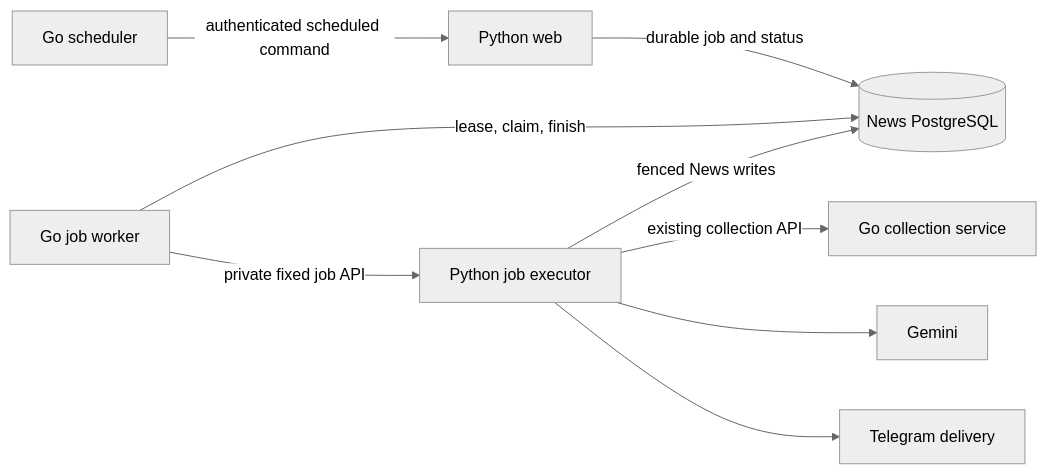
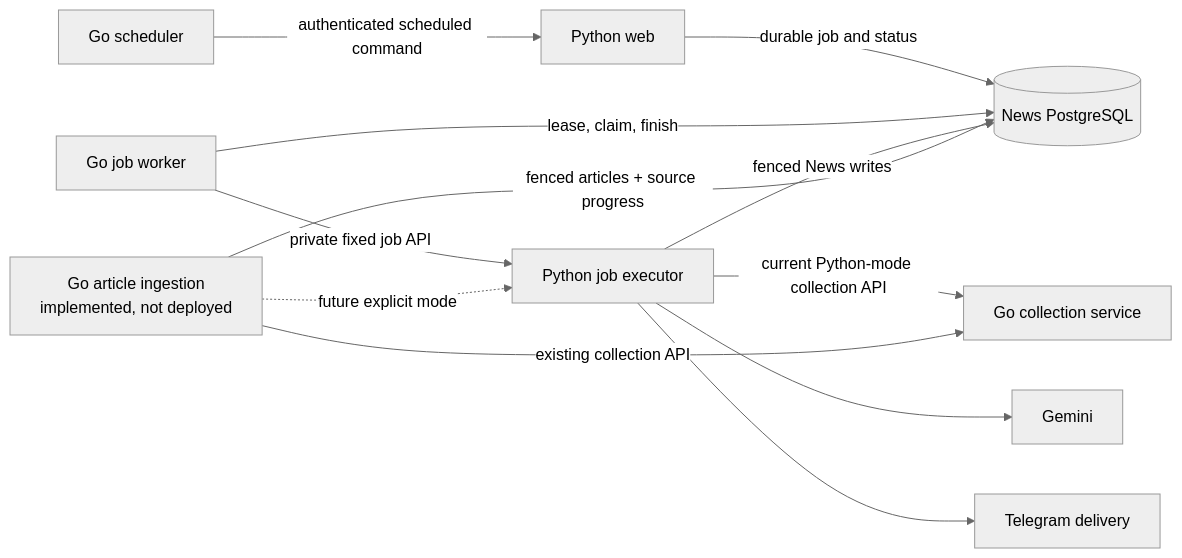
Before and after one commit to Dzarlax-AI/evening-news: the diagram in docs/background-worker.md, drawn with Mermaid (neutral theme). The commit also changed other lines of this file and 39 other files, not shown here.

Commit message:
feat(ingestion): collect and persist articles in Go

````diff
--- a/docs/background-worker.md
+++ b/docs/background-worker.md
@@ -14,11 +22,14 @@
 ```mermaid
 flowchart LR
     Scheduler[Go scheduler] -->|authenticated scheduled command| Web[Python web]
     Web -->|durable job and status| DB[(News PostgreSQL)]
     Worker[Go job worker] -->|lease, claim, finish| DB
     Worker -->|private fixed job API| Executor[Python job executor]
     Executor -->|fenced News writes| DB
-    Executor -->|existing collection API| Collector[Go collection service]
+    Executor -->|current Python-mode collection API| Collector[Go collection service]
+    Ingestion[Go article ingestion<br/>implemented, not deployed] -.->|future explicit mode| Executor
+    Ingestion -->|existing collection API| Collector
+    Ingestion -->|fenced articles + source progress| DB
     Executor --> AI[Gemini]
     Executor --> Telegram[Telegram delivery]
 ```
````
